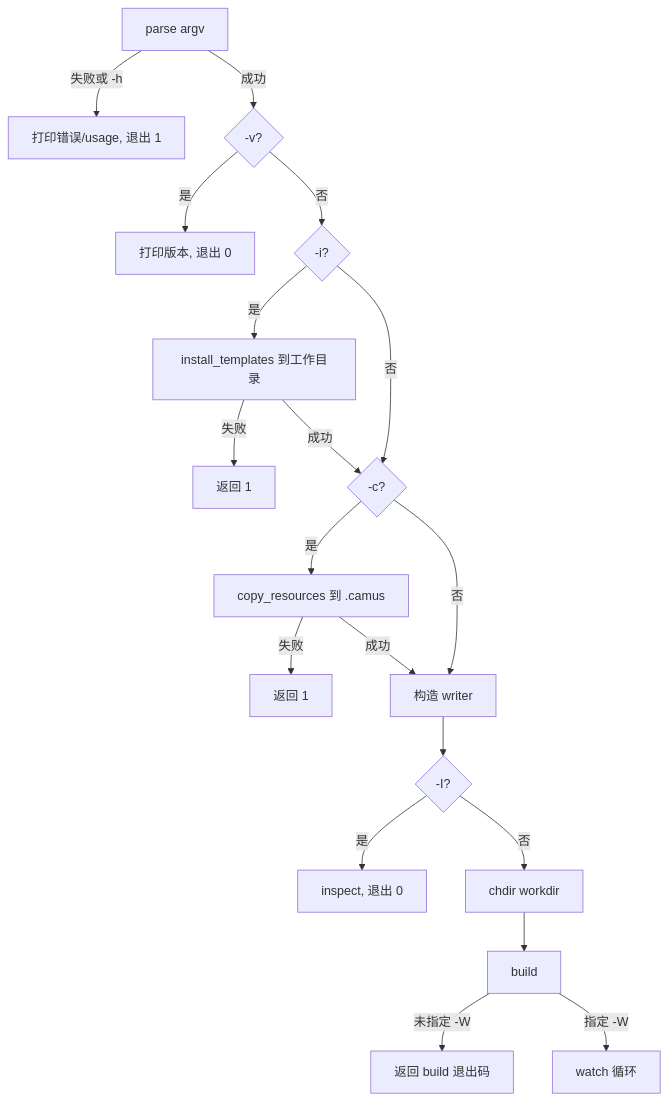
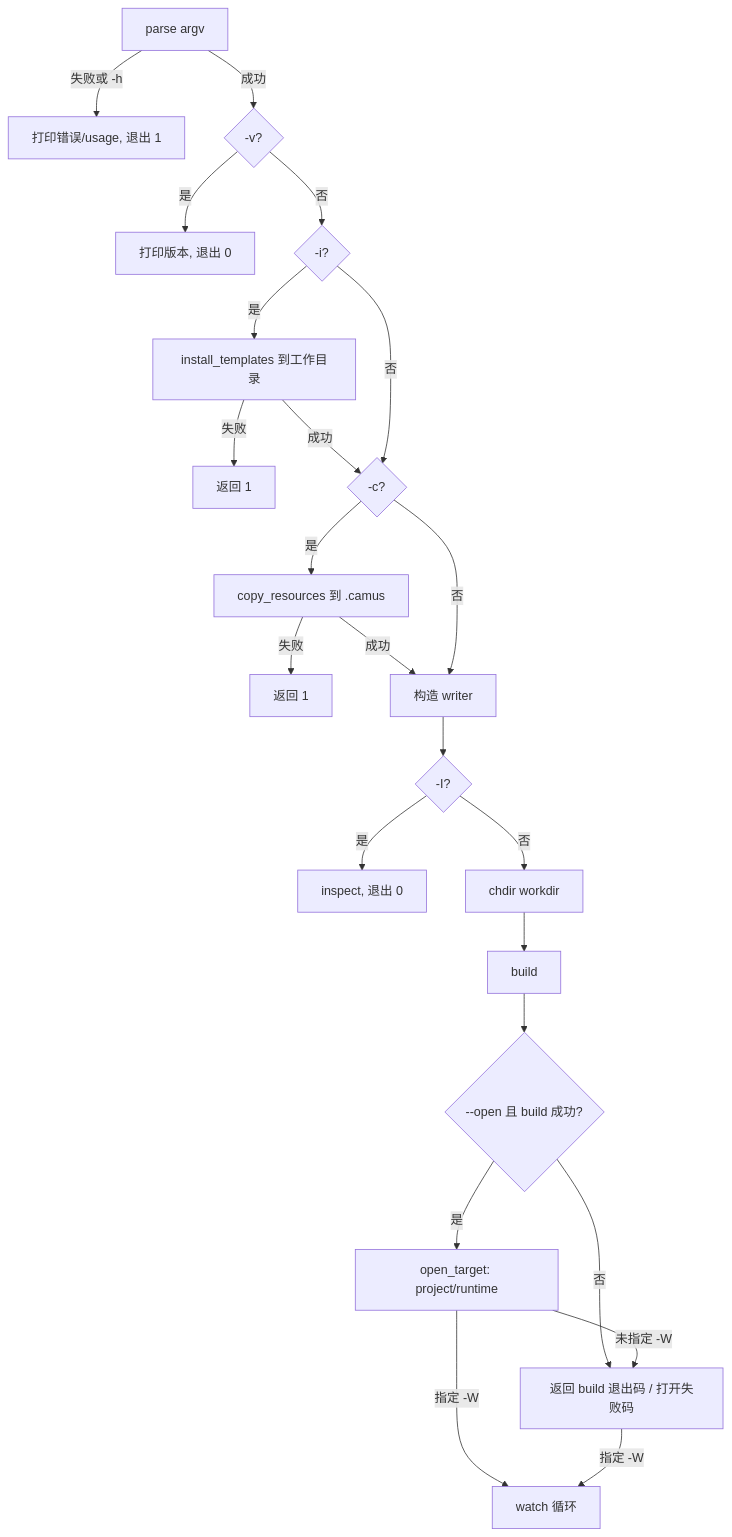
Before and after one commit to o8x/camus: the diagram in docs/prd/02-command-line.md, drawn with Mermaid. The commit also changed other lines of this file and 10 other files, not shown here.

Commit message:
feat: add --open option for project and runtime dirs

````diff
--- a/docs/prd/02-command-line.md
+++ b/docs/prd/02-command-line.md
@@ -42,21 +44,25 @@
 ```mermaid
 flowchart TD
     P[parse argv] -->|失败或 -h| H[打印错误/usage, 退出 1]
     P -->|成功| V{-v?}
     V -->|是| VO[打印版本, 退出 0]
     V -->|否| I{-i?}
     I -->|是| INS[install_templates 到工作目录]
     INS -->|失败| IF[返回 1]
     INS -->|成功| CP{-c?}
     I -->|否| CP
     CP -->|是| COPY[copy_resources 到 .camus]
     COPY -->|失败| CF[返回 1]
     COPY -->|成功| C[构造 writer]
     CP -->|否| C
     C --> Q{-I?}
     Q -->|是| INSP[inspect, 退出 0]
     Q -->|否| WD[chdir workdir]
     WD --> B[build]
-    B -->|未指定 -W| RET[返回 build 退出码]
-    B -->|指定 -W| WA[watch 循环]
+    B --> O{--open 且 build 成功?}
+    O -->|是| OP[open_target: project/runtime]
+    O -->|否| RET
+    OP -->|未指定 -W| RET[返回 build 退出码 / 打开失败码]
+    OP -->|指定 -W| WA[watch 循环]
+    RET -->|指定 -W| WA
 ```
````
